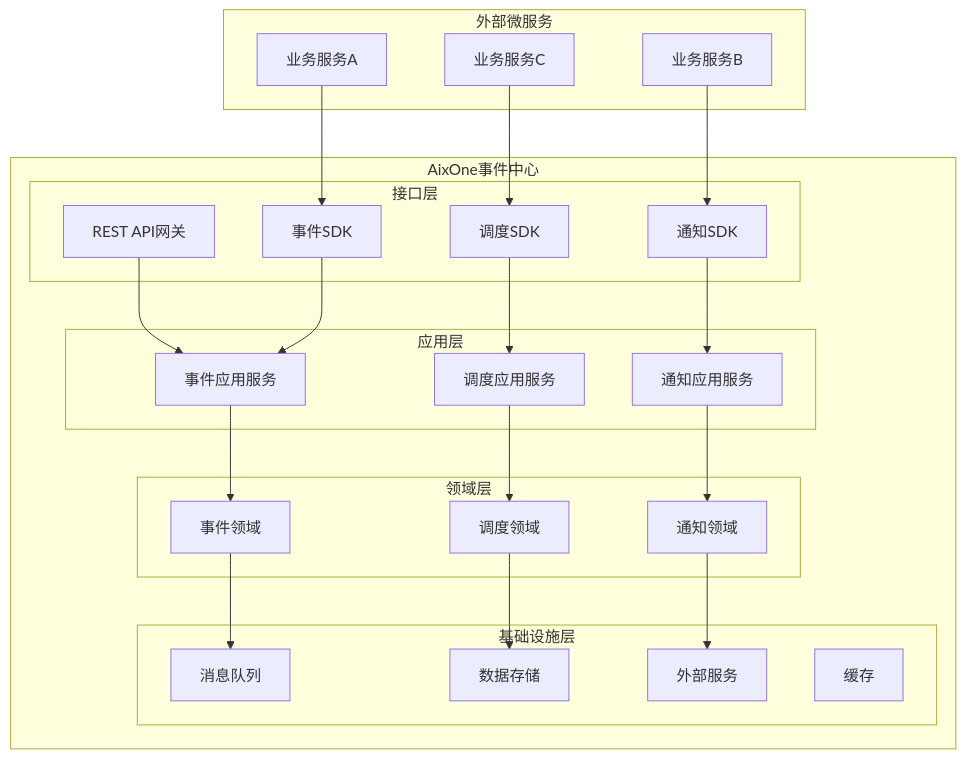
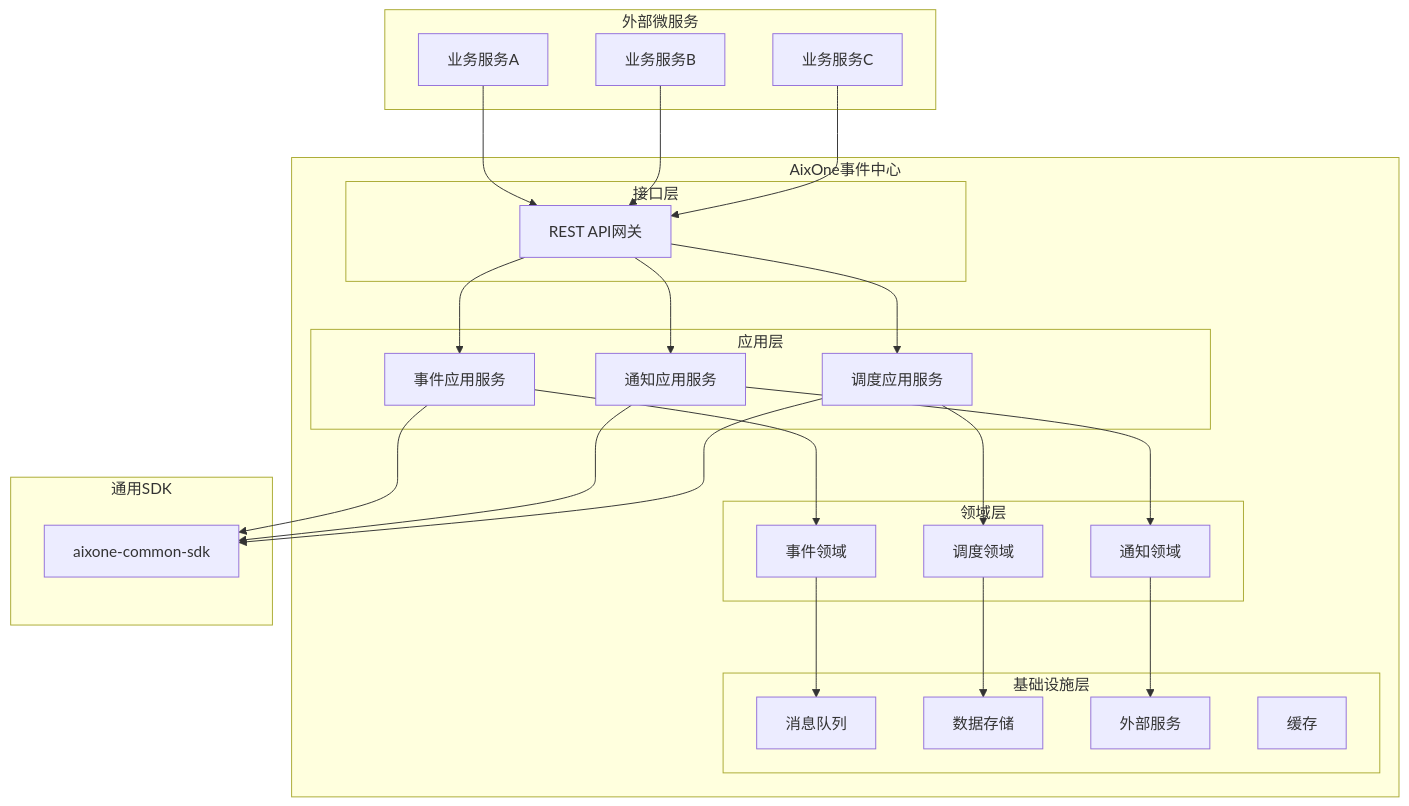
The first of 4 diagrams in docs/architecture/aixone-tech-event-center-architecture.md (ai-archi/aiPaaS), drawn with Mermaid before and after one commit. The commit also changed other lines of this file and 685 other files, not shown here.

````diff
--- a/docs/architecture/aixone-tech-event-center-architecture.md
+++ b/docs/architecture/aixone-tech-event-center-architecture.md
@@ -50,51 +50,55 @@
 ```mermaid
 graph TB
     subgraph "AixOne事件中心"
         subgraph "接口层"
             A[REST API网关]
-            B[事件SDK]
-            C[通知SDK]
-            D[调度SDK]
         end
         
         subgraph "应用层"
             E[事件应用服务]
             F[通知应用服务]
             G[调度应用服务]
         end
         
         subgraph "领域层"
             H[事件领域]
             I[通知领域]
             J[调度领域]
         end
         
         subgraph "基础设施层"
             K[消息队列]
             L[数据存储]
             M[外部服务]
             N[缓存]
         end
     end
     
     subgraph "外部微服务"
         O[业务服务A]
         P[业务服务B]
         Q[业务服务C]
     end
     
+    subgraph "通用SDK"
+        SDK[aixone-common-sdk]
+    end
+    
     A --> E
-    B --> E
-    C --> F
-    D --> G
+    A --> F
+    A --> G
     E --> H
     F --> I
     G --> J
     H --> K
     I --> M
     J --> L
     
-    O --> B
-    P --> C
-    Q --> D
+    O --> A
+    P --> A
+    Q --> A
+    
+    E --> SDK
+    F --> SDK
+    G --> SDK
 ```
````
